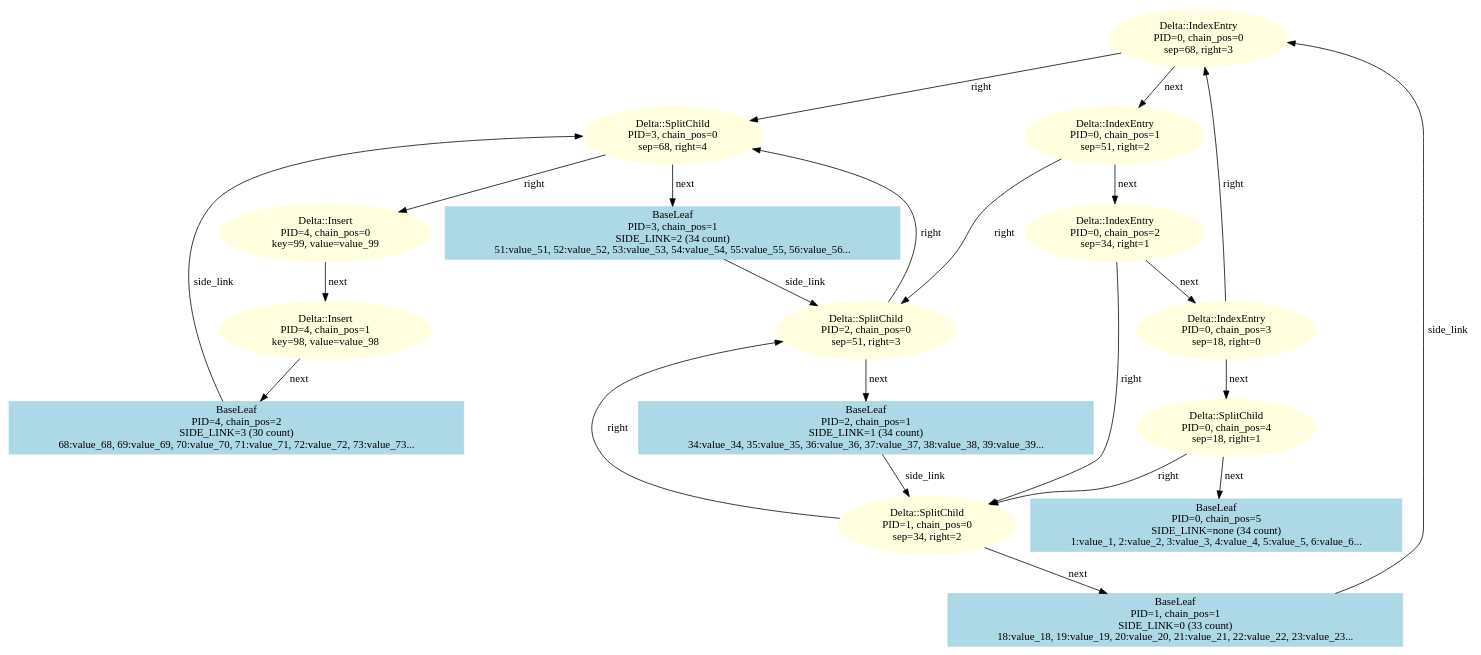
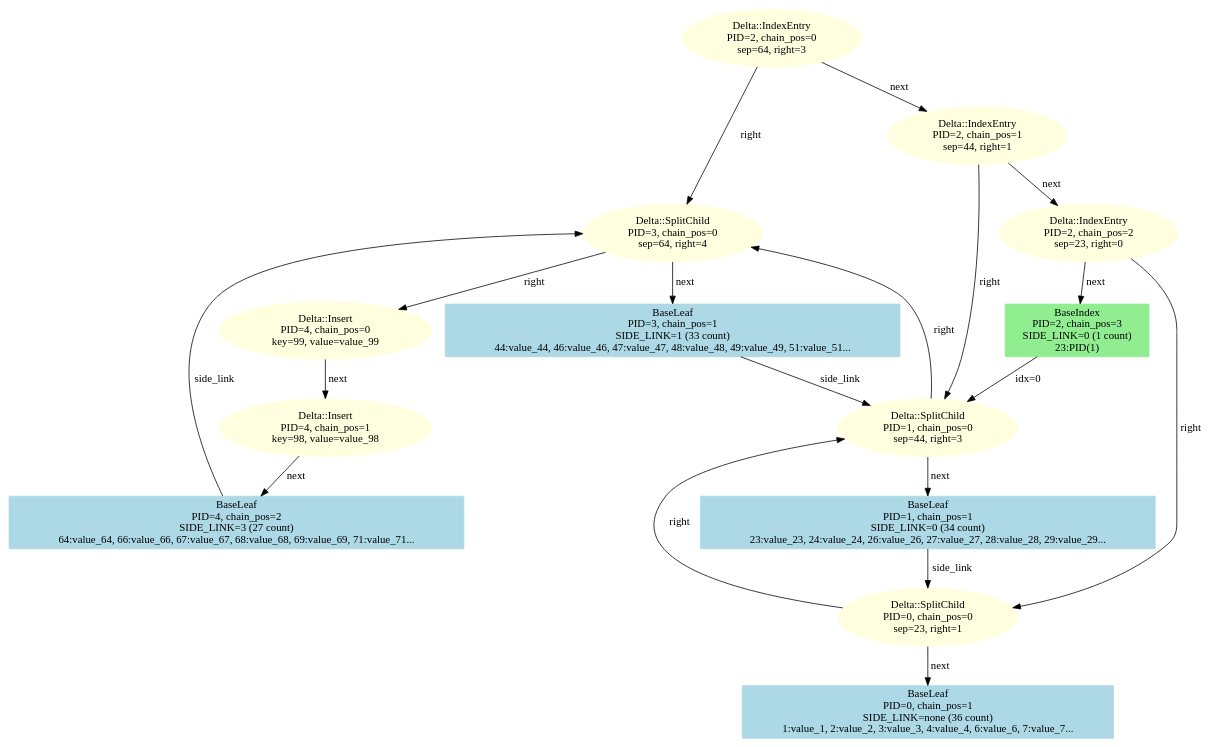
The diagram in bwtree_test_visualization.dot (willothy/bwtree-rs), drawn with Graphviz before and after one commit. The commit also changed 1 other file, not shown here.

```diff
--- a/bwtree_test_visualization.dot
+++ b/bwtree_test_visualization.dot
@@ -1,39 +1,33 @@
 digraph bwtree {
-    node0[label="Delta::IndexEntry\nPID=0, chain_pos=0\nsep=68, right=3"][style="filled"][color="lightyellow"][shape="ellipse"];
-    node1[label="Delta::SplitChild\nPID=3, chain_pos=0\nsep=68, right=4"][style="filled"][color="lightyellow"][shape="ellipse"];
+    node0[label="Delta::IndexEntry\nPID=2, chain_pos=0\nsep=64, right=3"][style="filled"][color="lightyellow"][shape="ellipse"];
+    node1[label="Delta::SplitChild\nPID=3, chain_pos=0\nsep=64, right=4"][style="filled"][color="lightyellow"][shape="ellipse"];
     node2[label="Delta::Insert\nPID=4, chain_pos=0\nkey=99, value=value_99"][style="filled"][color="lightyellow"][shape="ellipse"];
     node3[label="Delta::Insert\nPID=4, chain_pos=1\nkey=98, value=value_98"][style="filled"][color="lightyellow"][shape="ellipse"];
-    node4[label="BaseLeaf\nPID=4, chain_pos=2\nSIDE_LINK=3 (30 count)\n68:value_68, 69:value_69, 70:value_70, 71:value_71, 72:value_72, 73:value_73..."][style="filled"][color="lightblue"][shape="box"];
-    node5[label="BaseLeaf\nPID=3, chain_pos=1\nSIDE_LINK=2 (34 count)\n51:value_51, 52:value_52, 53:value_53, 54:value_54, 55:value_55, 56:value_56..."][style="filled"][color="lightblue"][shape="box"];
-    node6[label="Delta::IndexEntry\nPID=0, chain_pos=1\nsep=51, right=2"][style="filled"][color="lightyellow"][shape="ellipse"];
-    node7[label="Delta::SplitChild\nPID=2, chain_pos=0\nsep=51, right=3"][style="filled"][color="lightyellow"][shape="ellipse"];
-    node8[label="BaseLeaf\nPID=2, chain_pos=1\nSIDE_LINK=1 (34 count)\n34:value_34, 35:value_35, 36:value_36, 37:value_37, 38:value_38, 39:value_39..."][style="filled"][color="lightblue"][shape="box"];
-    node9[label="Delta::IndexEntry\nPID=0, chain_pos=2\nsep=34, right=1"][style="filled"][color="lightyellow"][shape="ellipse"];
-    node10[label="Delta::SplitChild\nPID=1, chain_pos=0\nsep=34, right=2"][style="filled"][color="lightyellow"][shape="ellipse"];
-    node11[label="BaseLeaf\nPID=1, chain_pos=1\nSIDE_LINK=0 (33 count)\n18:value_18, 19:value_19, 20:value_20, 21:value_21, 22:value_22, 23:value_23..."][style="filled"][color="lightblue"][shape="box"];
-    node12[label="Delta::IndexEntry\nPID=0, chain_pos=3\nsep=18, right=0"][style="filled"][color="lightyellow"][shape="ellipse"];
-    node13[label="Delta::SplitChild\nPID=0, chain_pos=4\nsep=18, right=1"][style="filled"][color="lightyellow"][shape="ellipse"];
-    node14[label="BaseLeaf\nPID=0, chain_pos=5\nSIDE_LINK=none (34 count)\n1:value_1, 2:value_2, 3:value_3, 4:value_4, 5:value_5, 6:value_6..."][style="filled"][color="lightblue"][shape="box"];
+    node4[label="BaseLeaf\nPID=4, chain_pos=2\nSIDE_LINK=3 (27 count)\n64:value_64, 66:value_66, 67:value_67, 68:value_68, 69:value_69, 71:value_71..."][style="filled"][color="lightblue"][shape="box"];
+    node5[label="BaseLeaf\nPID=3, chain_pos=1\nSIDE_LINK=1 (33 count)\n44:value_44, 46:value_46, 47:value_47, 48:value_48, 49:value_49, 51:value_51..."][style="filled"][color="lightblue"][shape="box"];
+    node6[label="Delta::IndexEntry\nPID=2, chain_pos=1\nsep=44, right=1"][style="filled"][color="lightyellow"][shape="ellipse"];
+    node7[label="Delta::SplitChild\nPID=1, chain_pos=0\nsep=44, right=3"][style="filled"][color="lightyellow"][shape="ellipse"];
+    node8[label="BaseLeaf\nPID=1, chain_pos=1\nSIDE_LINK=0 (34 count)\n23:value_23, 24:value_24, 26:value_26, 27:value_27, 28:value_28, 29:value_29..."][style="filled"][color="lightblue"][shape="box"];
+    node9[label="Delta::IndexEntry\nPID=2, chain_pos=2\nsep=23, right=0"][style="filled"][color="lightyellow"][shape="ellipse"];
+    node10[label="Delta::SplitChild\nPID=0, chain_pos=0\nsep=23, right=1"][style="filled"][color="lightyellow"][shape="ellipse"];
+    node11[label="BaseLeaf\nPID=0, chain_pos=1\nSIDE_LINK=none (36 count)\n1:value_1, 2:value_2, 3:value_3, 4:value_4, 6:value_6, 7:value_7..."][style="filled"][color="lightblue"][shape="box"];
+    node12[label="BaseIndex\nPID=2, chain_pos=3\nSIDE_LINK=0 (1 count)\n23:PID(1)"][style="filled"][color="lightgreen"][shape="box"];
     node4 -> node1[label="side_link"];
     node3 -> node4[label="next"];
     node2 -> node3[label="next"];
     node1 -> node2[label="right"];
     node5 -> node7[label="side_link"];
     node1 -> node5[label="next"];
     node0 -> node1[label="right"];
     node7 -> node1[label="right"];
     node8 -> node10[label="side_link"];
     node7 -> node8[label="next"];
     node6 -> node7[label="right"];
     node10 -> node7[label="right"];
-    node11 -> node0[label="side_link"];
     node10 -> node11[label="next"];
     node9 -> node10[label="right"];
-    node12 -> node0[label="right"];
-    node13 -> node10[label="right"];
-    node13 -> node14[label="next"];
-    node12 -> node13[label="next"];
+    node12 -> node7[label="idx=0"];
     node9 -> node12[label="next"];
     node6 -> node9[label="next"];
     node0 -> node6[label="next"];
 }
```
